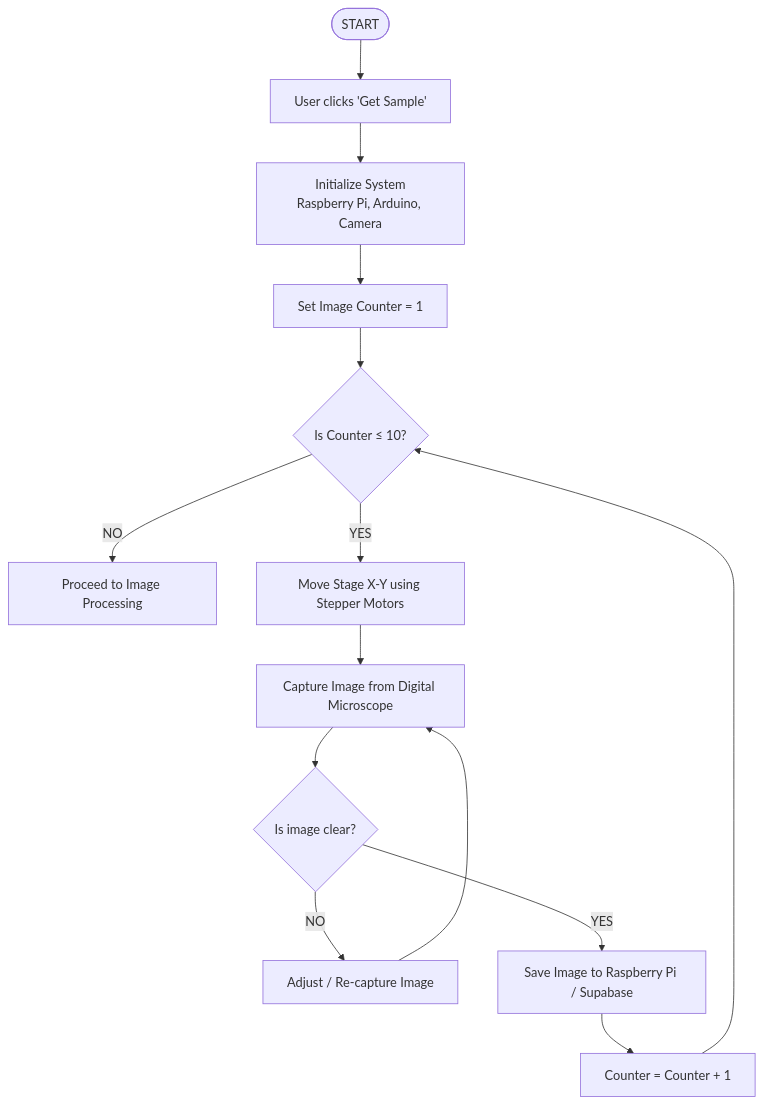
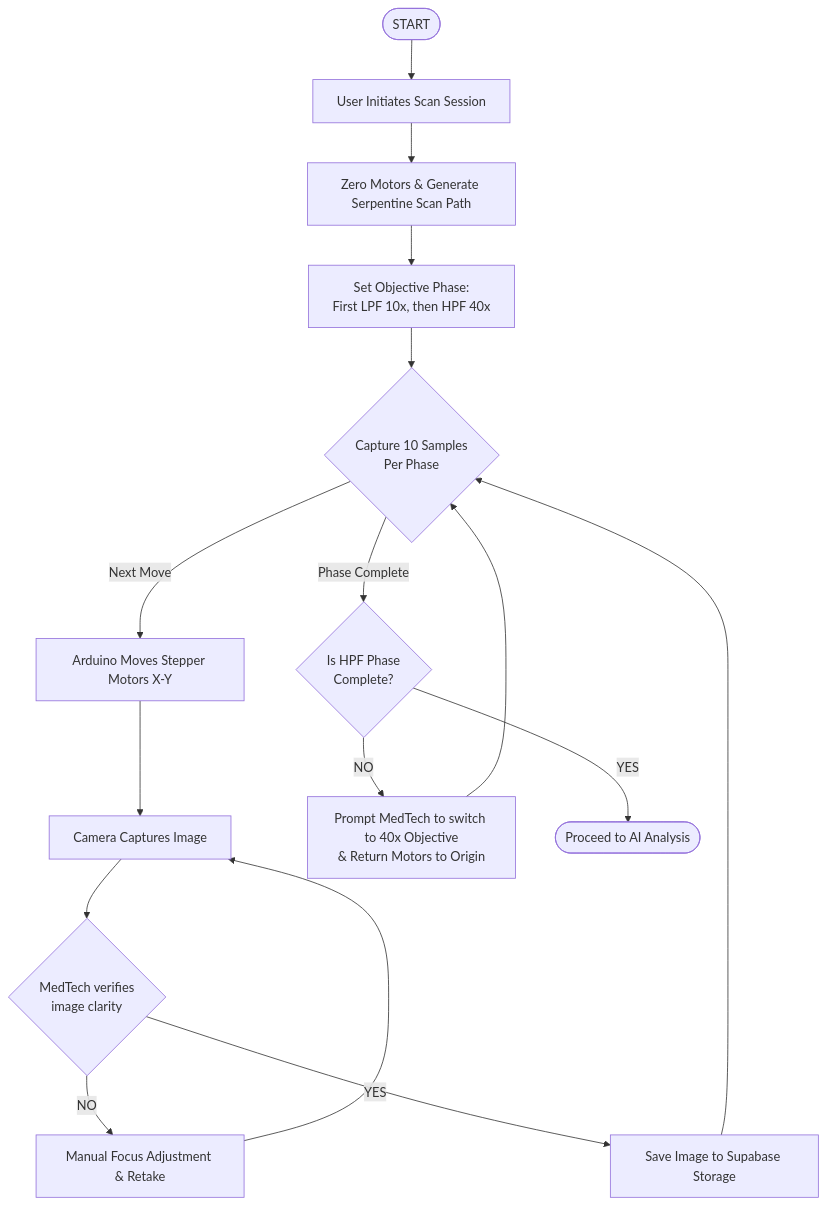
Before and after one commit to mcggEz/microview-ai: the third of 4 diagrams in README.md, drawn with Mermaid. The commit also changed other lines of this file, not shown here.

````diff
--- a/README.md
+++ b/README.md
@@ -95,21 +95,24 @@
 ```mermaid
 flowchart TD
-    Start([START]) --> GetSample[User clicks 'Get Sample']
-    GetSample --> Init[Initialize System<br/>Raspberry Pi, Arduino, Camera]
-    Init --> SetCounter[Set Image Counter = 1]
+    Start([START]) --> UserInit[User Initiates Scan Session]
+    UserInit --> MotorZero[Zero Motors & Generate Serpentine Scan Path]
+    MotorZero --> PhaseDecision[Set Objective Phase:<br/>First LPF 10x, then HPF 40x]
     
-    SetCounter --> IfCounter{Is Counter ≤ 10?}
+    PhaseDecision --> SampleLoop{Capture 10 Samples<br/>Per Phase}
     
-    IfCounter -->|NO| Proceed[Proceed to Image Processing]
+    SampleLoop -->|Next Move| MoveStage[Arduino Moves Stepper Motors X-Y]
+    MoveStage --> AutoCapture[Camera Captures Image]
     
-    IfCounter -->|YES| MoveStage[Move Stage X-Y using Stepper Motors]
-    MoveStage --> CaptureImg[Capture Image from Digital Microscope]
-    CaptureImg --> IfClear{Is image clear?}
+    AutoCapture --> IfClear{MedTech verifies<br/>image clarity}
+    IfClear -->|NO| Adjust[Manual Focus Adjustment & Retake]
+    Adjust --> AutoCapture
     
-    IfClear -->|NO| Adjust[Adjust / Re-capture Image]
-    Adjust --> CaptureImg
+    IfClear -->|YES| Save[Save Image to Supabase Storage]
+    Save --> SampleLoop
     
-    IfClear -->|YES| SaveImg[Save Image to Raspberry Pi / Supabase]
-    SaveImg --> IncCounter[Counter = Counter + 1]
-    IncCounter --> IfCounter
+    SampleLoop -->|Phase Complete| CheckPhase{Is HPF Phase<br/>Complete?}
+    CheckPhase -->|NO| SwitchObj[Prompt MedTech to switch to 40x Objective<br/>& Return Motors to Origin]
+    SwitchObj --> SampleLoop
+    
+    CheckPhase -->|YES| Proceed([Proceed to AI Analysis])
 ```
````
